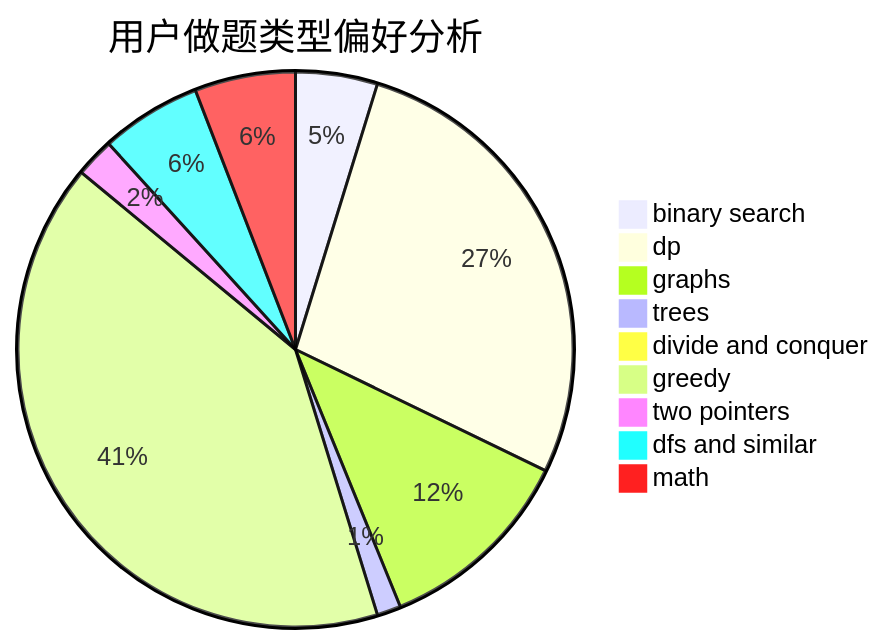
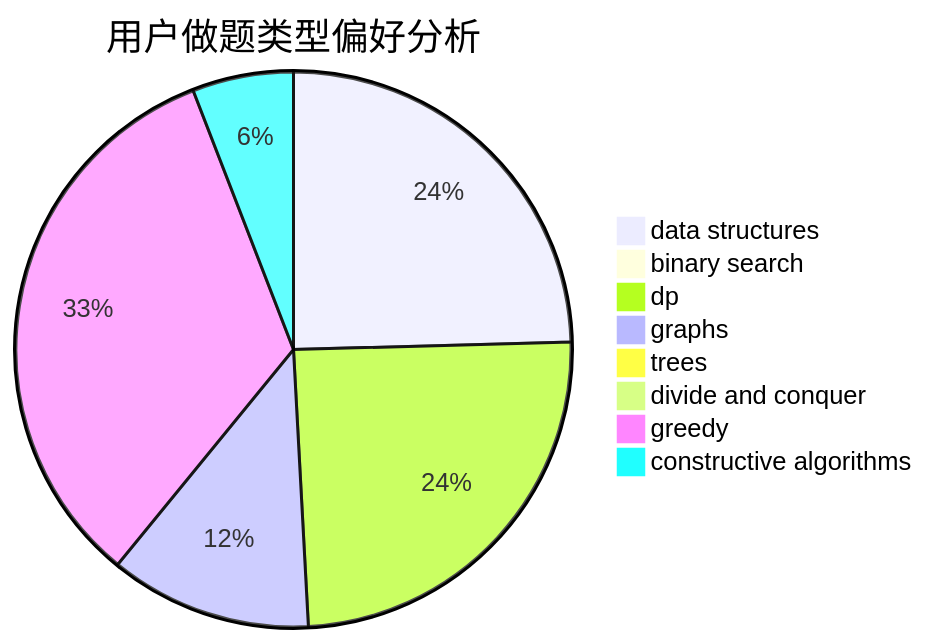
One commit to sherpahu/cfrs.github.io changed the second of 3 diagrams in docs/user/u2589.md. Above: the diagram before and after it, drawn with Mermaid. The commit also changed other lines of this file and 2775 other files, not shown here.

````diff
--- a/docs/user/u2589.md
+++ b/docs/user/u2589.md
@@ -23,12 +23,11 @@
 ```mermaid
 pie title 用户做题类型偏好分析
-    "binary search" :  65
-    "dp" :  374
-    "graphs" :  159
-    "trees" :  19
-    "divide and conquer" :  8
-    "greedy" :  556
-    "two pointers" :  31
-    "dfs and similar" :  80
-    "math" :  80
+    "data structures" :  330
+    "binary search" :  4
+    "dp" :  330
+    "graphs" :  158
+    "trees" :  0
+    "divide and conquer" :  0
+    "greedy" :  446
+    "constructive algorithms" :  79
 ```
````
